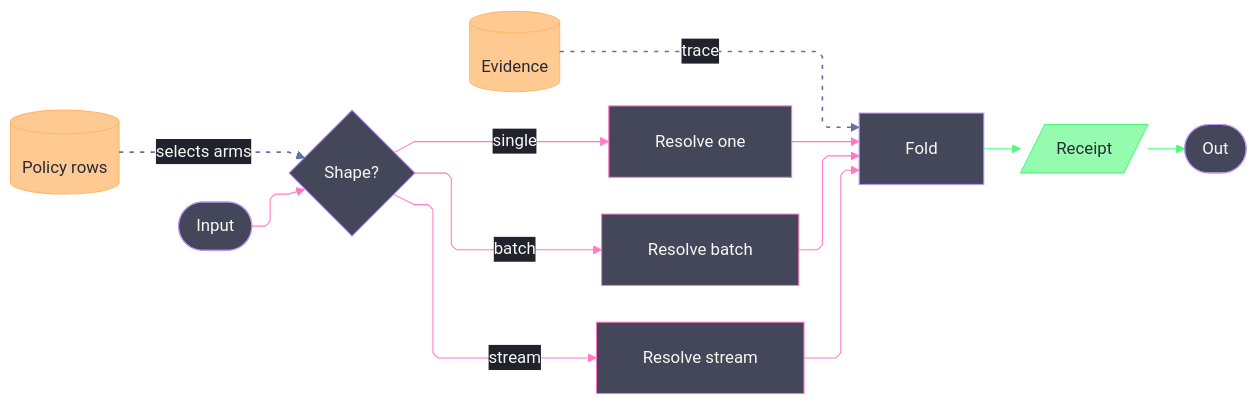
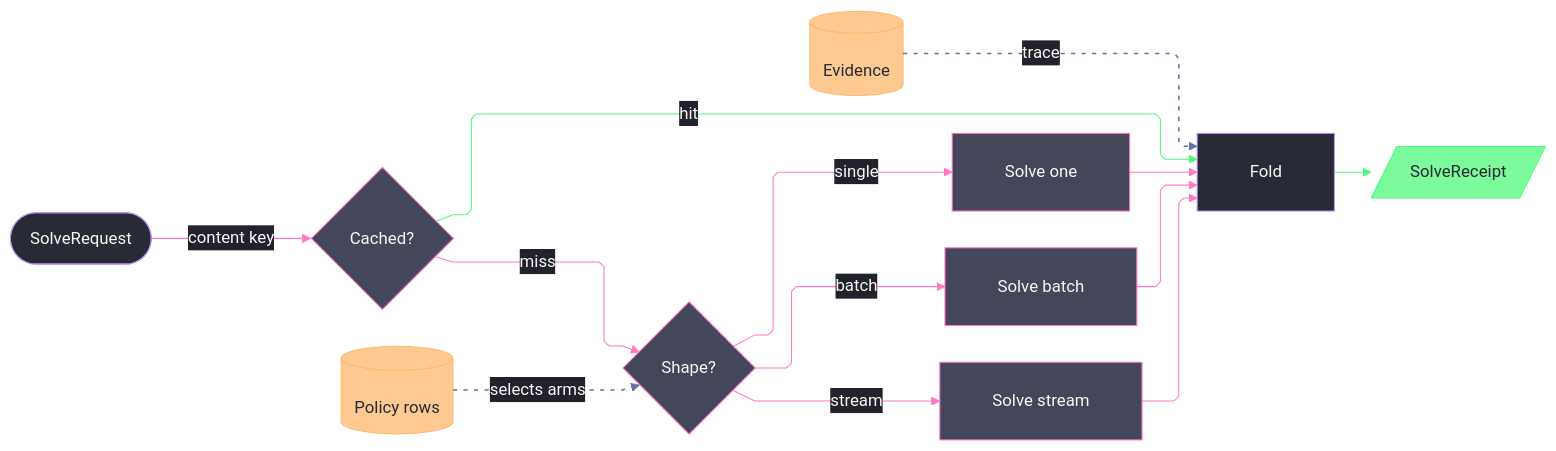
The diagram in .claude/skills/mermaid-diagramming/templates/logic-flow.mmd.md (bsamiee/Rasm), drawn with Mermaid before and after one commit. The commit also changed other lines of this file and 56 other files, not shown here.

````diff
--- a/.claude/skills/mermaid-diagramming/templates/logic-flow.mmd.md
+++ b/.claude/skills/mermaid-diagramming/templates/logic-flow.mmd.md
@@ -5,47 +5,51 @@
 ```mermaid
 ---
 config:
   theme: base
   look: classic
   layout: elk
   flowchart:
     curve: linear
-    padding: 22
+    padding: 25
   themeVariables:
     darkMode: true
     fontFamily: "SF Mono, Menlo, Cascadia Mono, Segoe UI Mono, Consolas, monospace"
     useGradient: false
     dropShadow: "none"
     background: "#282A36"
     primaryColor: "#44475A"
     primaryTextColor: "#F8F8F2"
     primaryBorderColor: "#BD93F9"
     lineColor: "#FF79C6"
     textColor: "#F8F8F2"
     edgeLabelBackground: "#21222C"
     labelBackgroundColor: "#21222C"
-  themeCSS: ".nodeLabel{font-size:13px;font-weight:500}.edgeLabel{font-size:12px;font-weight:500}.cluster-label .nodeLabel{font-size:12.5px;font-weight:600;letter-spacing:.08em}.edge-thickness-normal{stroke-width:2px}.edge-thickness-thick{stroke-width:3px}.edge-pattern-dashed,.edge-pattern-dotted{stroke-width:1.5px;stroke-dasharray:4 6}.node rect,.node circle,.node polygon,.node path,.node .outer-path{stroke-width:1.5px;filter:none!important}.cluster rect{stroke-width:1px!important;stroke-dasharray:5 4!important;filter:none!important}.marker path,.marker circle{transform:scale(.8);transform-origin:5px 5px}.edgeLabel rect{transform-box:fill-box;transform-origin:center;transform:scale(1.1,1.2)}"
+  themeCSS: ".nodeLabel{font-size:13px;font-weight:500}.edgeLabel{font-size:12px;font-weight:500}.cluster-label .nodeLabel{font-size:13.5px;font-weight:700;letter-spacing:.08em}.edge-thickness-normal{stroke-width:2px}.edge-thickness-thick{stroke-width:3px}.edge-pattern-dashed,.edge-pattern-dotted{stroke-width:1.5px;stroke-dasharray:4 6}.node rect,.node circle,.node polygon,.node path,.node .outer-path{stroke-width:1.5px;filter:none!important}.cluster rect{stroke-width:1px!important;stroke-dasharray:5 4!important;filter:none!important}.marker path{transform:scale(.8);transform-origin:5px 5px}.marker circle{transform:scale(.48);transform-origin:5px 5px}.edgeLabel rect{transform-box:fill-box;transform-origin:center;transform:scale(1.1,1.2)}"
 ---
 flowchart LR
-    accTitle: Dispatch and fold
-    accDescr: One operation discriminating input shape into three policy-selected dispatch arms that fold into a merge yielding one receipt, with a dotted evidence trace feeding the fold.
-    In([Input]) --> Shape{Shape?}
-    Policy[(Policy rows)] -.->|selects arms| Shape
-    Shape -->|single| ArmA[Resolve one]
-    Shape -->|batch| ArmB[Resolve batch]
-    Shape -->|stream| ArmC[Resolve stream]
+    accTitle: Solve dispatch and fold
+    accDescr: One compute entry discriminating input shape into three policy-selected arms behind a content-key cache, folding into a merge that yields one solver receipt, with a dotted evidence trace feeding the fold.
+    In([SolveRequest]) -->|"content key"| Hit{Cached?}
+    Hit -->|"hit"| Fold
+    Hit -->|"miss"| Shape{Shape?}
+    Policy[(Policy rows)] -.->|"selects arms"| Shape
+    Shape -->|"single"| ArmA[Solve one]
+    Shape -->|"batch"| ArmB[Solve batch]
+    Shape -->|"stream"| ArmC[Solve stream]
     ArmA --> Fold[Fold]
     ArmB --> Fold
     ArmC --> Fold
-    Fold --> Receipt[/Receipt/]
-    Receipt --> Out([Out])
-    Evidence[(Evidence)] -.->|trace| Fold
-    linkStyle 1,10 stroke:#6272A4,color:#F8F8F2,stroke-width:1.5px,stroke-dasharray:4 6
-    linkStyle 8,9 stroke:#50FA7B,color:#F8F8F2
+    Fold --> Receipt[/SolveReceipt/]
+    Evidence[(Evidence)] -.->|"trace"| Fold
+    linkStyle 1 stroke:#50FA7B,color:#F8F8F2
+    linkStyle 3,11 stroke:#6272A4,color:#F8F8F2,stroke-width:1.5px,stroke-dasharray:4 6
+    linkStyle 10 stroke:#50FA7B,color:#F8F8F2
     classDef primary fill:#44475A,stroke:#FF79C6,color:#F8F8F2
-    classDef success fill:#50FA7B99,stroke:#50FA7B,color:#282A36
+    classDef success fill:#50FA7BBF,stroke:#50FA7B,color:#282A36
     classDef data fill:#FFB86CBF,stroke:#FFB86C,color:#282A36
-    class ArmA,ArmB,ArmC primary
+    classDef boundary fill:#282A36,stroke:#BD93F9,color:#F8F8F2
+    class ArmA,ArmB,ArmC,Shape,Hit primary
     class Receipt success
     class Policy,Evidence data
+    class In,Fold boundary
 ```
````
